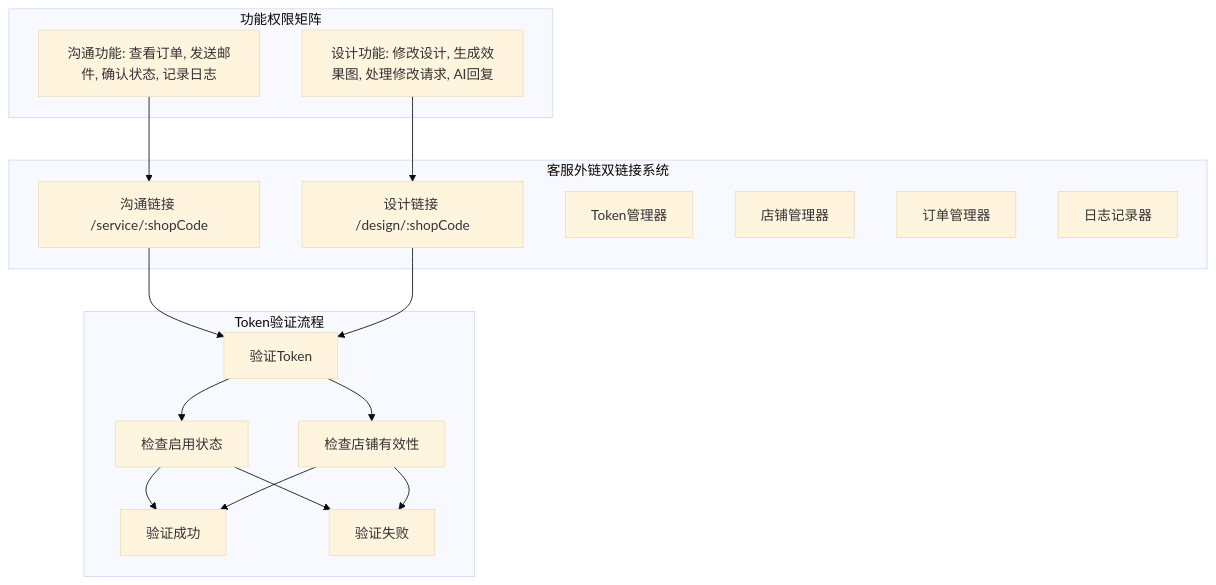
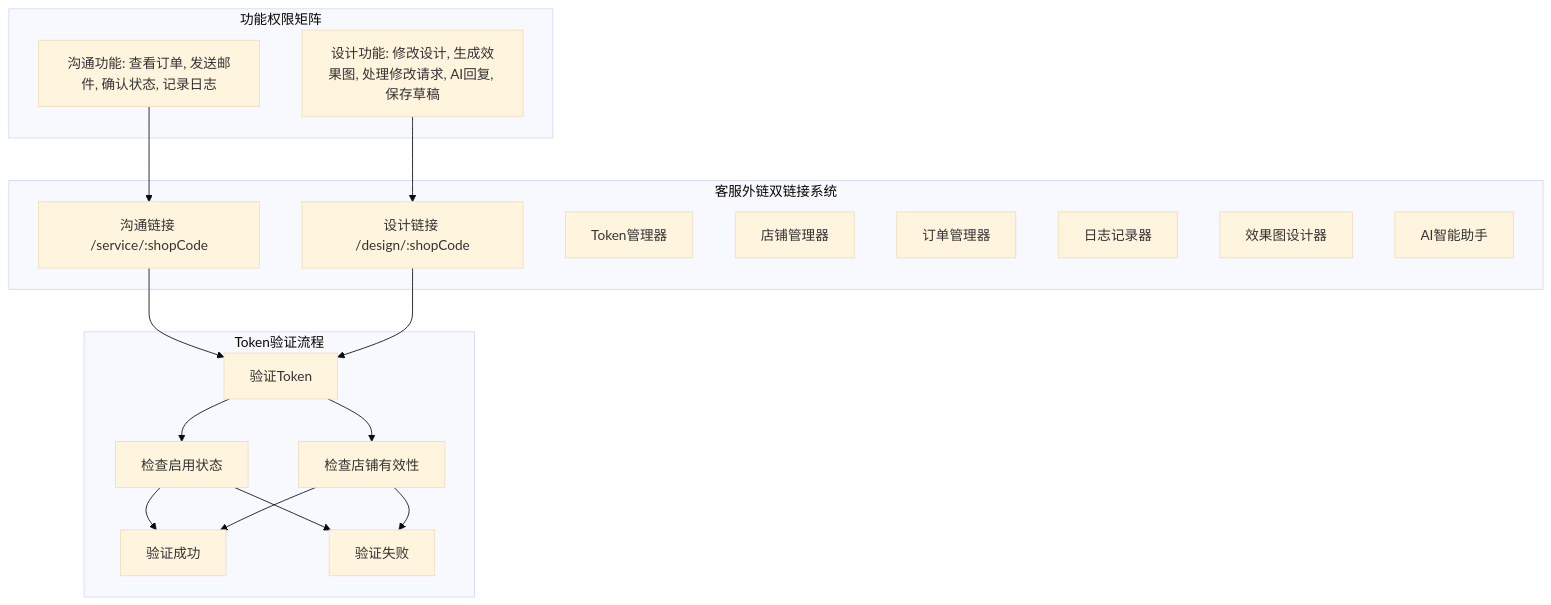
The fifth of 19 diagrams in .qoder/repowiki/zh/content/项目概述.md (SY6621/POD-Order-Management), drawn with Mermaid (base theme) before and after one commit. The commit also changed other lines of this file and 8 other files, not shown here.

````diff
--- a/.qoder/repowiki/zh/content/项目概述.md
+++ b/.qoder/repowiki/zh/content/项目概述.md
@@ -283,32 +323,34 @@
 ```mermaid
 graph TB
 subgraph "客服外链双链接系统"
 ServiceLink[沟通链接 /service/:shopCode]
 DesignLink[设计链接 /design/:shopCode]
 TokenManager[Token管理器]
 ShopManager[店铺管理器]
 OrderManager[订单管理器]
 LogManager[日志记录器]
+EffectDesigner[效果图设计器]
+AIAssistant[AI智能助手]
 end
 subgraph "Token验证流程"
 ValidateToken[验证Token]
 CheckEnabled[检查启用状态]
 CheckShop[检查店铺有效性]
 ValidateSuccess[验证成功]
 ValidateFailed[验证失败]
 end
 subgraph "功能权限矩阵"
 ServiceFeatures[沟通功能: 查看订单, 发送邮件, 确认状态, 记录日志]
-DesignFeatures[设计功能: 修改设计, 生成效果图, 处理修改请求, AI回复]
+DesignFeatures[设计功能: 修改设计, 生成效果图, 处理修改请求, AI回复, 保存草稿]
 end
 ServiceLink --> ValidateToken
 DesignLink --> ValidateToken
 ValidateToken --> CheckEnabled
 ValidateToken --> CheckShop
 CheckEnabled --> ValidateSuccess
 CheckShop --> ValidateSuccess
 CheckEnabled --> ValidateFailed
 CheckShop --> ValidateFailed
 ServiceFeatures --> ServiceLink
 DesignFeatures --> DesignLink
 ```
````
